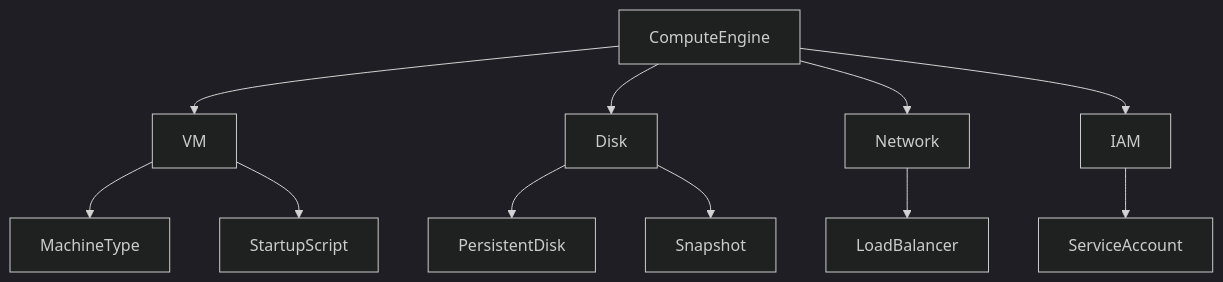
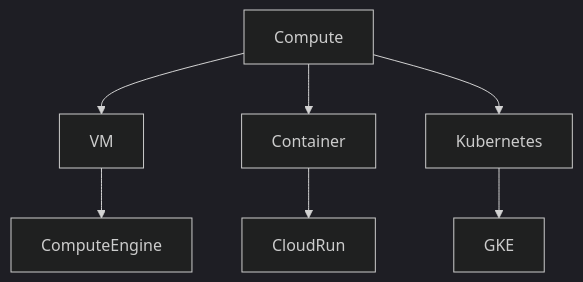
Diagram 11 of 11 in 06_LAB/01_GCP_ACE_HACK/sessions_ver262/03_compute-engine.md (conti0513/development_public), drawn with Mermaid (dark theme) before and after one commit. The commit also changed other lines of this file and 22 other files, not shown here.

````diff
--- a/06_LAB/01_GCP_ACE_HACK/sessions_ver262/03_compute-engine.md
+++ b/06_LAB/01_GCP_ACE_HACK/sessions_ver262/03_compute-engine.md
@@ -500,17 +508,10 @@
 ```mermaid
 graph TD
-ComputeEngine --> VM
-ComputeEngine --> Disk
-ComputeEngine --> Network
-ComputeEngine --> IAM
+Compute --> VM
+Compute --> Container
+Compute --> Kubernetes
 
-VM --> MachineType
-VM --> StartupScript
-
-Disk --> PersistentDisk
-Disk --> Snapshot
-
-Network --> LoadBalancer
-
-IAM --> ServiceAccount
+VM --> ComputeEngine
+Container --> CloudRun
+Kubernetes --> GKE
 ```
````
